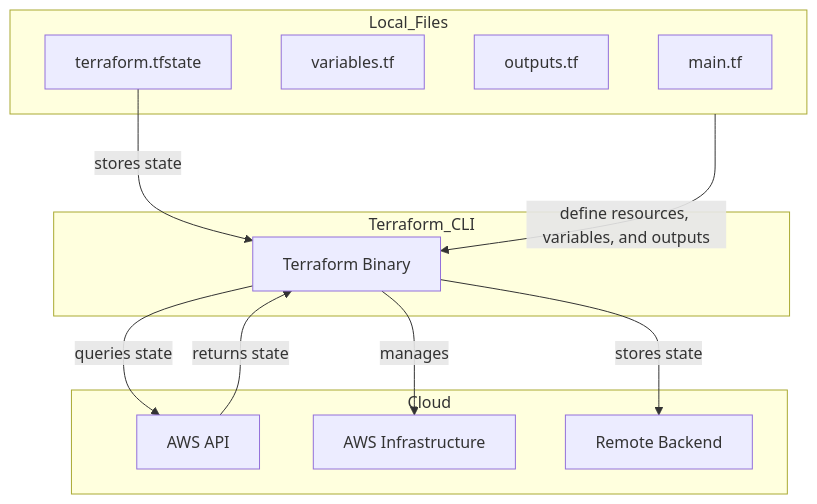
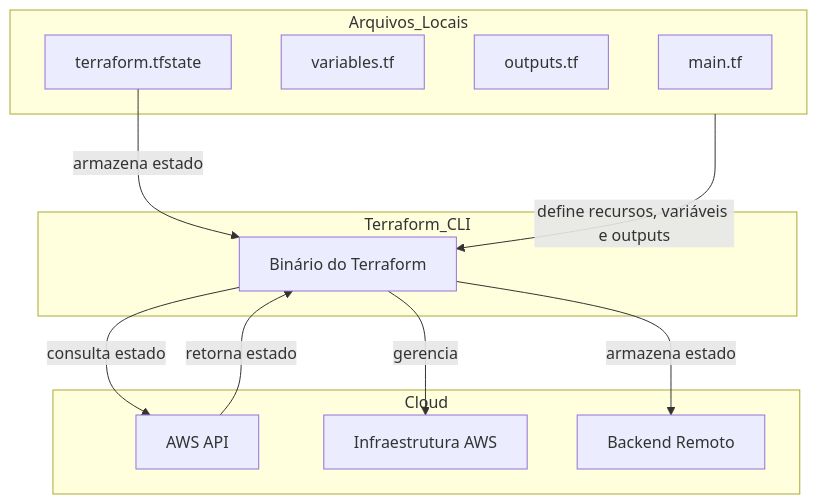
One commit to lvgalvao/workshop-terraform changed the diagram in README.md. Above: the diagram before and after it, drawn with Mermaid. The commit also changed 1 other file, not shown here.

````diff
--- a/README.md
+++ b/README.md
@@ -9,26 +9,26 @@
 ```mermaid
 graph TD;
-    subgraph Local_Files
+    subgraph Arquivos_Locais
         A[main.tf]
         C[variables.tf]
         D[outputs.tf]
         E[terraform.tfstate]
     end
 
     subgraph Cloud
         G[AWS API]
-        H[AWS Infrastructure]
-        F[Remote Backend]
+        H[Infraestrutura AWS]
+        F[Backend Remoto]
     end
 
     subgraph Terraform_CLI
-        B[Terraform Binary]
+        B[Binário do Terraform]
     end
 
-    Local_Files --> |define resources, variables, and outputs| B
-    E --> |stores state| B
-    B --> |queries state| G
-    G --> |returns state| B
-    B --> |manages| H
-    B --> |stores state| F
+    Arquivos_Locais --> |define recursos, variáveis e outputs| B
+    E --> |armazena estado| B
+    B --> |consulta estado| G
+    G --> |retorna estado| B
+    B --> |gerencia| H
+    B --> |armazena estado| F
 ```
````
